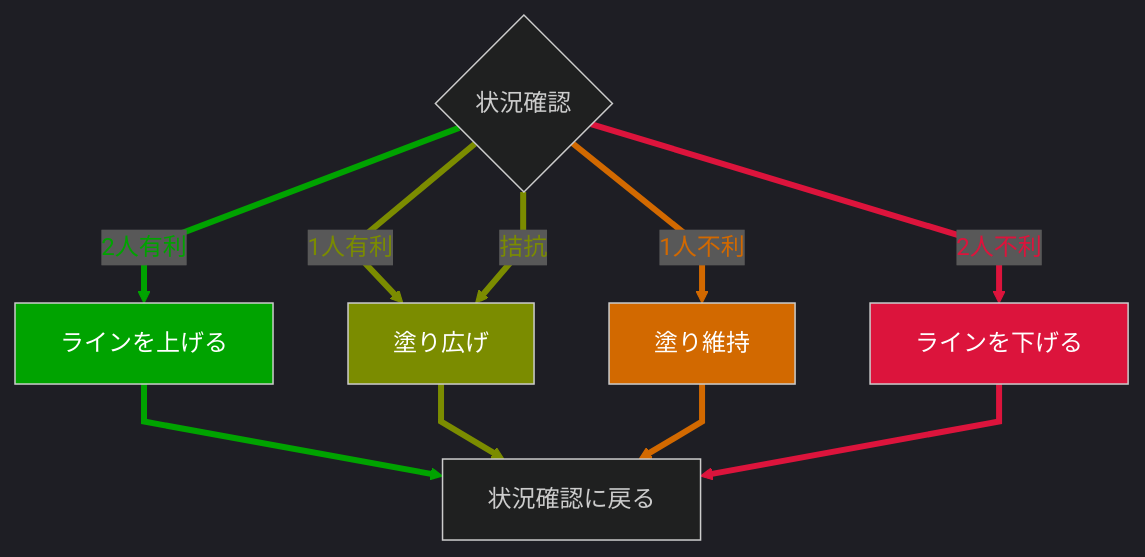
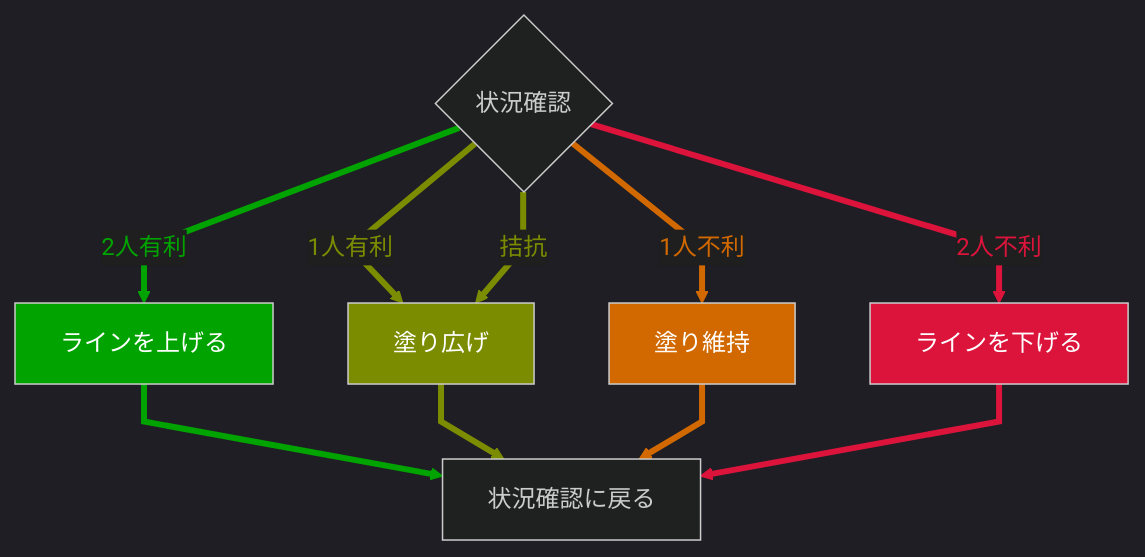
Before and after one commit to kotaoue/gamemo: the diagram in splatoon3/memo-HeavySplatling.md, drawn with Mermaid.

````diff
--- a/splatoon3/memo-HeavySplatling.md
+++ b/splatoon3/memo-HeavySplatling.md
@@ -29,36 +29,42 @@
 ```mermaid
-%%{ init: { 'theme':'dark', 'flowchart': { 'curve': 'linear' } } }%%
+%%{ init: { 
+  'theme':'dark', 
+  'themeVariables': { 'edgeLabelBackground':'#1f1f1f' },
+  'flowchart': { 'curve': 'linear' } 
+  } 
+}%%
+
 graph TB
   if_weigh_pros_cons{状況確認}
   if_weigh_pros_cons--2人有利-->action_push
   if_weigh_pros_cons--1人有利-->action_paint
   if_weigh_pros_cons--拮抗-->action_paint
   if_weigh_pros_cons--1人不利-->action_stay
   if_weigh_pros_cons--2人不利-->action_pull
   action_push[ラインを上げる]-->action_return
   action_paint[塗り広げ]-->action_return
   action_stay[塗り維持]-->action_return
   action_pull[ラインを下げる]-->action_return
   action_return[状況確認に戻る]
 
   %% 2人有利
   style action_push color:#ffffff,fill:#00a300
   linkStyle 0 stroke-width:4px,stroke:#00a300,color:#00a300
   linkStyle 5 stroke-width:4px,stroke:#00a300
 
   %% 1人有利
   style action_paint color:#ffffff,fill:#7b8c00
   linkStyle 1 stroke-width:4px,stroke:#7b8c00,color:#7b8c00
   linkStyle 2 stroke-width:4px,stroke:#7b8c00,color:#7b8c00
   linkStyle 6 stroke-width:4px,stroke:#7b8c00
 
   %% 1人不利
   style action_stay color:#ffffff,fill:#d26900
   linkStyle 3 stroke-width:4px,stroke:#d26900,color:#d26900
   linkStyle 7 stroke-width:4px,stroke:#d26900
 
   %% 2人不利
   style action_pull color:#ffffff,fill:#dc143c
   linkStyle 4 stroke-width:4px,stroke:#dc143c,color:#dc143c
   linkStyle 8 stroke-width:4px,stroke:#dc143c
 ```
````
